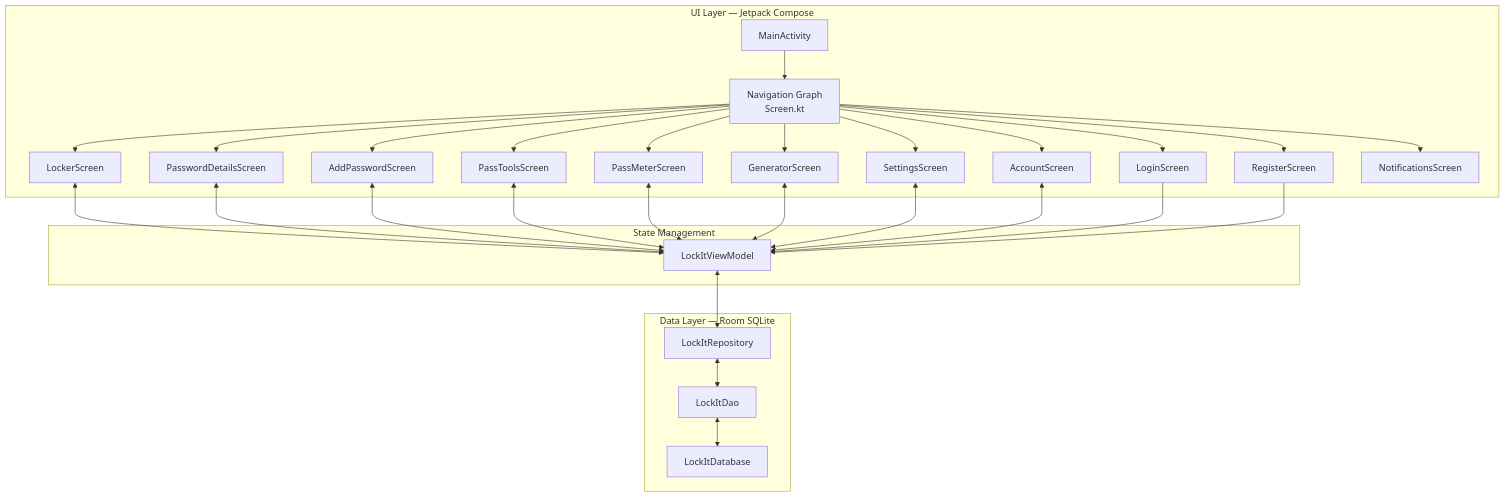
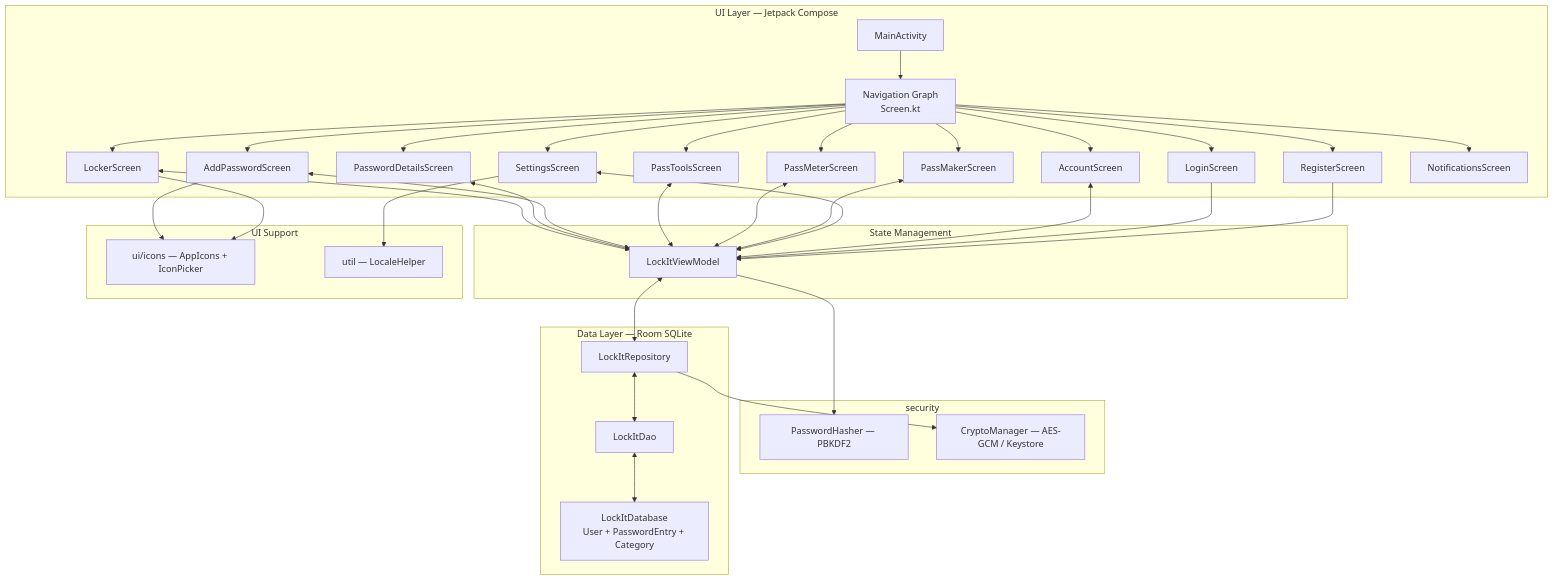
The first of 2 diagrams in README.md (samuno717/LockIt), drawn with Mermaid before and after one commit. The commit also changed other lines of this file and 284 other files, not shown here.

First line of the commit message:
Foldery, ikony, PassMaker, i18n i szyfrowanie danych

````diff
--- a/README.md
+++ b/README.md
@@ -31,33 +35,47 @@
 ```mermaid
 graph TD
     subgraph UI_Layer ["UI Layer — Jetpack Compose"]
         A[MainActivity] --> B[Navigation Graph\nScreen.kt]
         B --> C[LoginScreen]
         B --> D[RegisterScreen]
         B --> E[LockerScreen]
         B --> F[PasswordDetailsScreen]
         B --> G[AddPasswordScreen]
         B --> H[PassToolsScreen]
         B --> I[PassMeterScreen]
-        B --> J[GeneratorScreen]
+        B --> J[PassMakerScreen]
         B --> K[SettingsScreen]
         B --> L[AccountScreen]
         B --> M[NotificationsScreen]
     end
 
     subgraph Logic_Layer ["State Management"]
         N[LockItViewModel]
     end
 
+    subgraph Support ["UI Support"]
+        R[ui/icons — AppIcons + IconPicker]
+        S[util — LocaleHelper]
+    end
+
+    subgraph Crypto ["security"]
+        T[PasswordHasher — PBKDF2]
+        U[CryptoManager — AES-GCM / Keystore]
+    end
+
     subgraph Data_Layer ["Data Layer — Room SQLite"]
         O[LockItRepository]
-        P[LockItDatabase]
+        P[LockItDatabase\nUser + PasswordEntry + Category]
         Q[LockItDao]
     end
 
     E & F & G & H & I & J & K & L <--> N
     C & D --> N
+    G & E --> R
+    K --> S
+    N --> T
+    O --> U
     N <--> O
     O <--> Q
     Q <--> P
 ```
````
